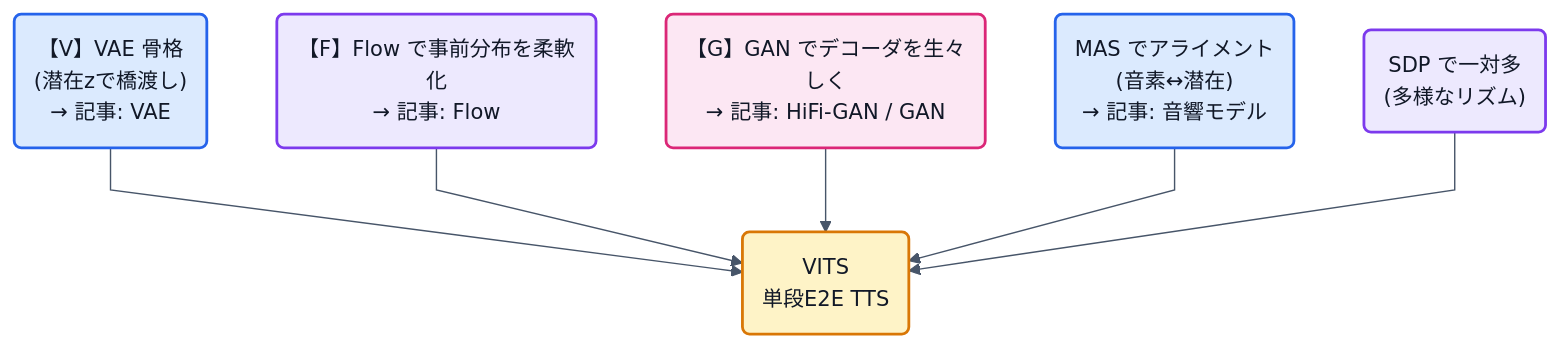
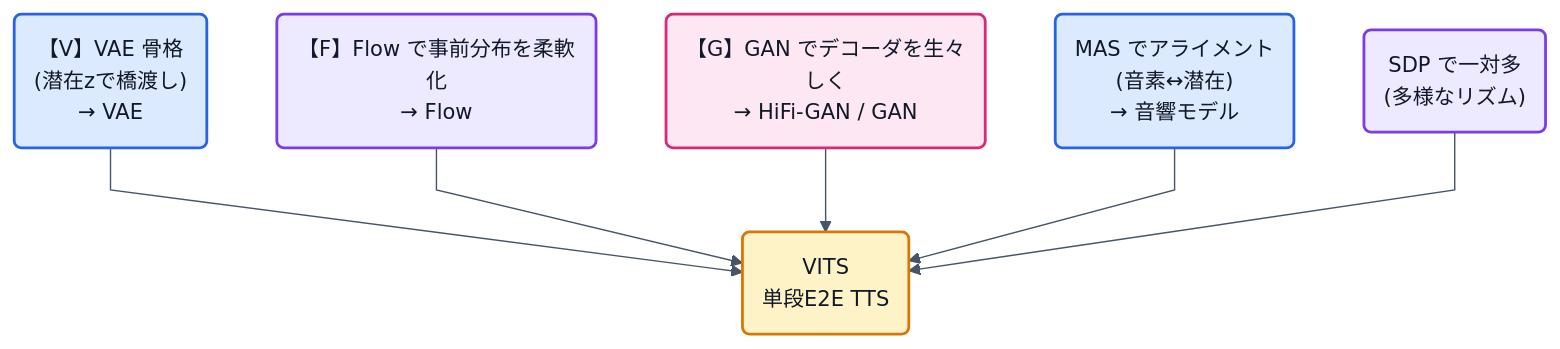
One commit to nnn112358/zenn_001 changed the first of 3 diagrams in books/tts-for-cats/vits.md. Above: the diagram before and after it, drawn with Mermaid. The commit also changed other lines of this file and 31 other files, not shown here.

````diff
--- a/books/tts-for-cats/vits.md
+++ b/books/tts-for-cats/vits.md
@@ -13,15 +13,15 @@
 ```mermaid
 %%{init: {'theme':'base','themeVariables':{'lineColor':'#475569','fontFamily':'Noto Sans CJK JP, sans-serif','fontSize':'15px'},'flowchart':{'padding':14,'nodeSpacing':50,'rankSpacing':60,'curve':'linear'}}}%%
 flowchart TD
-    V("【V】VAE 骨格<br/>(潜在zで橋渡し)<br/>→ 記事: VAE"):::blue --> VITS("VITS<br/>単段E2E TTS"):::amber
-    F("【F】Flow で事前分布を柔軟化<br/>→ 記事: Flow"):::purple --> VITS
-    G("【G】GAN でデコーダを生々しく<br/>→ 記事: HiFi-GAN / GAN"):::pink --> VITS
-    MAS("MAS でアライメント<br/>(音素↔潜在)<br/>→ 記事: 音響モデル"):::blue --> VITS
+    V("【V】VAE 骨格<br/>(潜在zで橋渡し)<br/>→ VAE"):::blue --> VITS("VITS<br/>単段E2E TTS"):::amber
+    F("【F】Flow で事前分布を柔軟化<br/>→ Flow"):::purple --> VITS
+    G("【G】GAN でデコーダを生々しく<br/>→ HiFi-GAN / GAN"):::pink --> VITS
+    MAS("MAS でアライメント<br/>(音素↔潜在)<br/>→ 音響モデル"):::blue --> VITS
     SDP("SDP で一対多<br/>(多様なリズム)"):::purple --> VITS
     classDef blue fill:#dbeafe,stroke:#2563eb,stroke-width:2px,color:#111827
     classDef amber fill:#fef3c7,stroke:#d97706,stroke-width:2px,color:#111827
     classDef purple fill:#ede9fe,stroke:#7c3aed,stroke-width:2px,color:#111827
     classDef pink fill:#fce7f3,stroke:#db2777,stroke-width:2px,color:#111827
     classDef green fill:#dcfce7,stroke:#16a34a,stroke-width:2px,color:#111827
     classDef gray fill:#f3f4f6,stroke:#6b7280,stroke-width:2px,color:#111827
 ```
````
